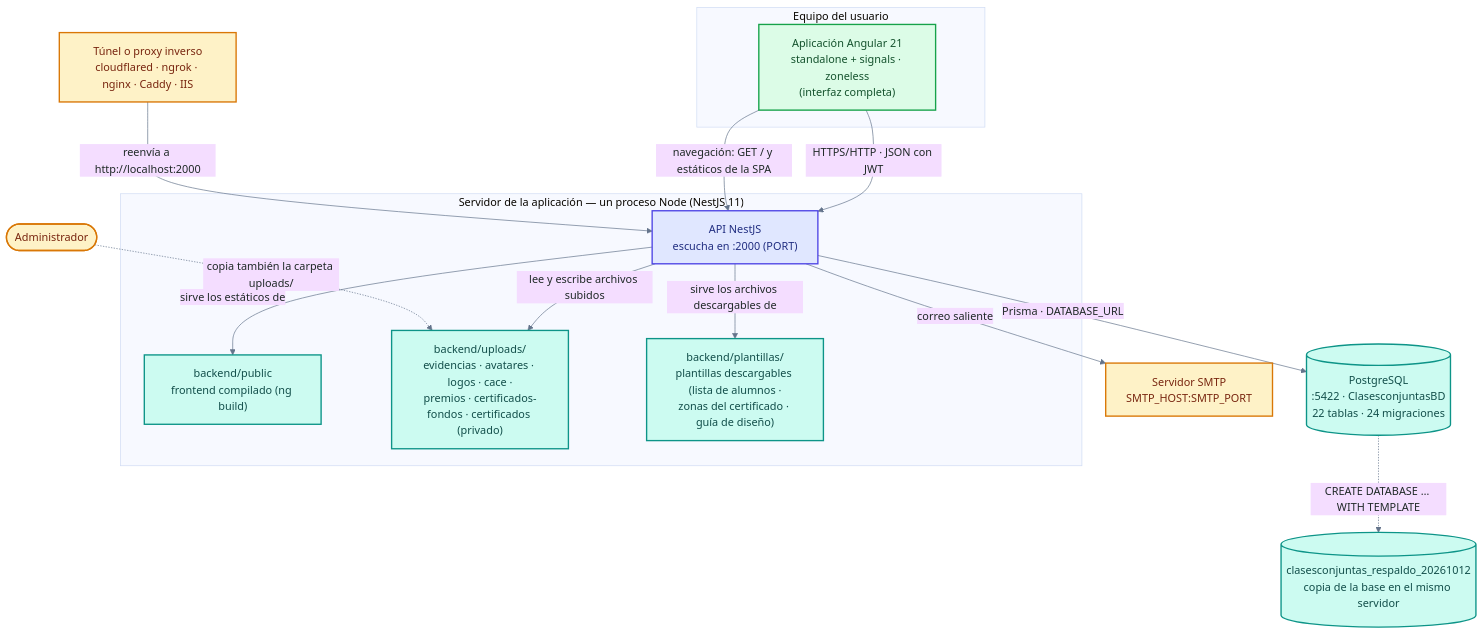
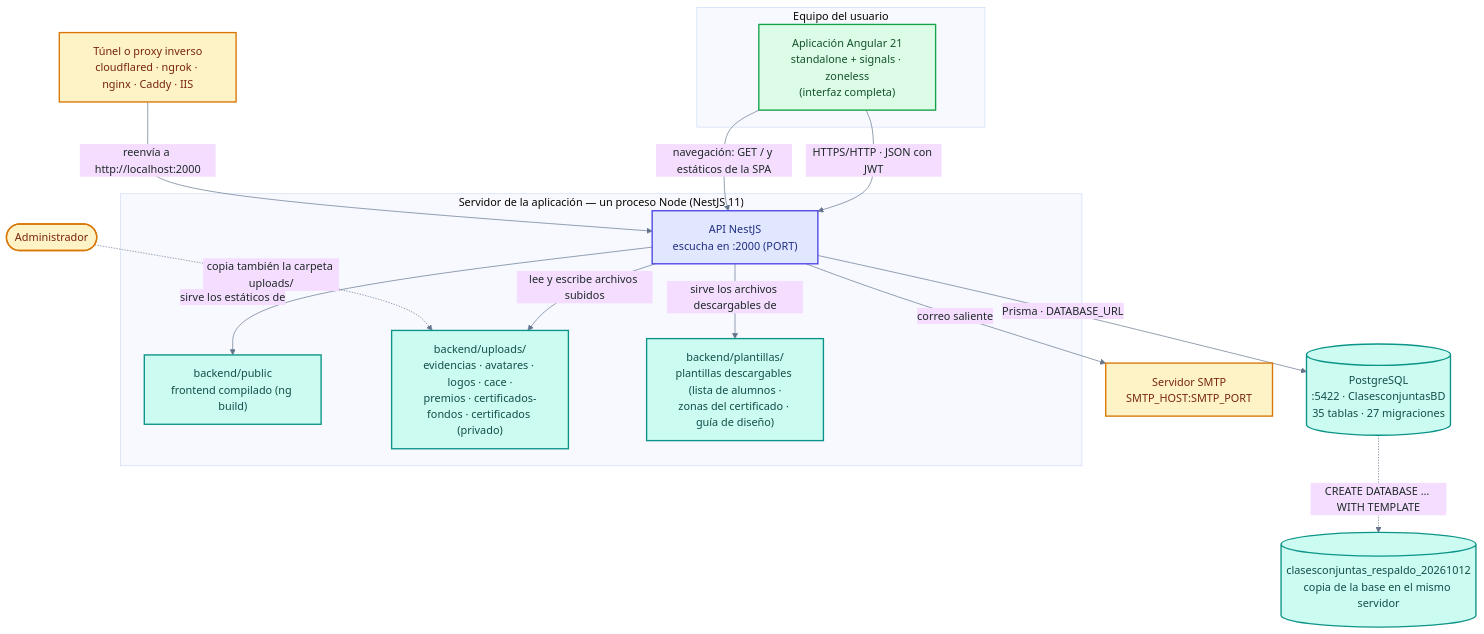
Before and after one commit to RICARDOSOTO6/clases-espejo: the second of 2 diagrams in docs/producto/diagramas/arquitectura.md, drawn with Mermaid. The commit also changed other lines of this file and 8 other files, not shown here.

````diff
--- a/docs/producto/diagramas/arquitectura.md
+++ b/docs/producto/diagramas/arquitectura.md
@@ -85,50 +85,50 @@
 ```mermaid
 %%{init: {
     "theme": "base",
     "themeVariables": {
         "background": "#F5F7FA",
         "primaryTextColor": "#1F2927",
         "lineColor": "#64748B",
         "fontFamily": "Arial"
     }
 }}%%
 
 flowchart TB
 
     subgraph NAV["Equipo del usuario"]
         SPA["Aplicación Angular 21<br/>standalone + signals · zoneless<br/>(interfaz completa)"]
     end
 
     subgraph SRV["Servidor de la aplicación — un proceso Node (NestJS 11)"]
         API["API NestJS<br/>escucha en :2000 (PORT)"]
         PUBC["backend/public<br/>frontend compilado (ng build)"]
         UP["backend/uploads/<br/>evidencias · avatares · logos · cace ·<br/>premios · certificados-fondos · certificados (privado)"]
         PL["backend/plantillas/<br/>plantillas descargables (lista de alumnos ·<br/>zonas del certificado · guía de diseño)"]
     end
 
-    PG[("PostgreSQL<br/>:5422 · ClasesconjuntasBD<br/>22 tablas · 24 migraciones")]
+    PG[("PostgreSQL<br/>:5422 · ClasesconjuntasBD<br/>35 tablas · 27 migraciones")]
     BKP[("clasesconjuntas_respaldo_20261012<br/>copia de la base en el mismo servidor")]
     SMTP["Servidor SMTP<br/>SMTP_HOST:SMTP_PORT"]
     TUN["Túnel o proxy inverso<br/>cloudflared · ngrok · nginx · Caddy · IIS"]
 
     SPA -- "HTTPS/HTTP · JSON con JWT" --> API
     SPA -- "navegación: GET / y estáticos de la SPA" --> API
     API -- "Prisma · DATABASE_URL" --> PG
     API -- "lee y escribe archivos subidos" --> UP
     API -- "sirve los archivos descargables de" --> PL
     API -- "sirve los estáticos de" --> PUBC
     API -- "correo saliente" --> SMTP
     TUN -- "reenvía a http://localhost:2000" --> API
     PG -. "CREATE DATABASE … WITH TEMPLATE" .-> BKP
     Admin([Administrador]) -. "copia también la carpeta uploads/" .-> UP
 
     classDef cliente fill:#DCFCE7,stroke:#16A24A,color:#14522D,stroke-width:2px
     classDef proceso fill:#E0E7FF,stroke:#4F46E5,color:#212E81,stroke-width:2px
     classDef almacen fill:#CCFBF1,stroke:#0D9488,color:#124E4A,stroke-width:2px
     classDef externo fill:#FEF2C7,stroke:#D97706,color:#78250F,stroke-width:2px
 
     class SPA cliente
     class API proceso
     class PUBC,UP,PL,PG,BKP almacen
     class SMTP,TUN,Admin externo
 ```
````
